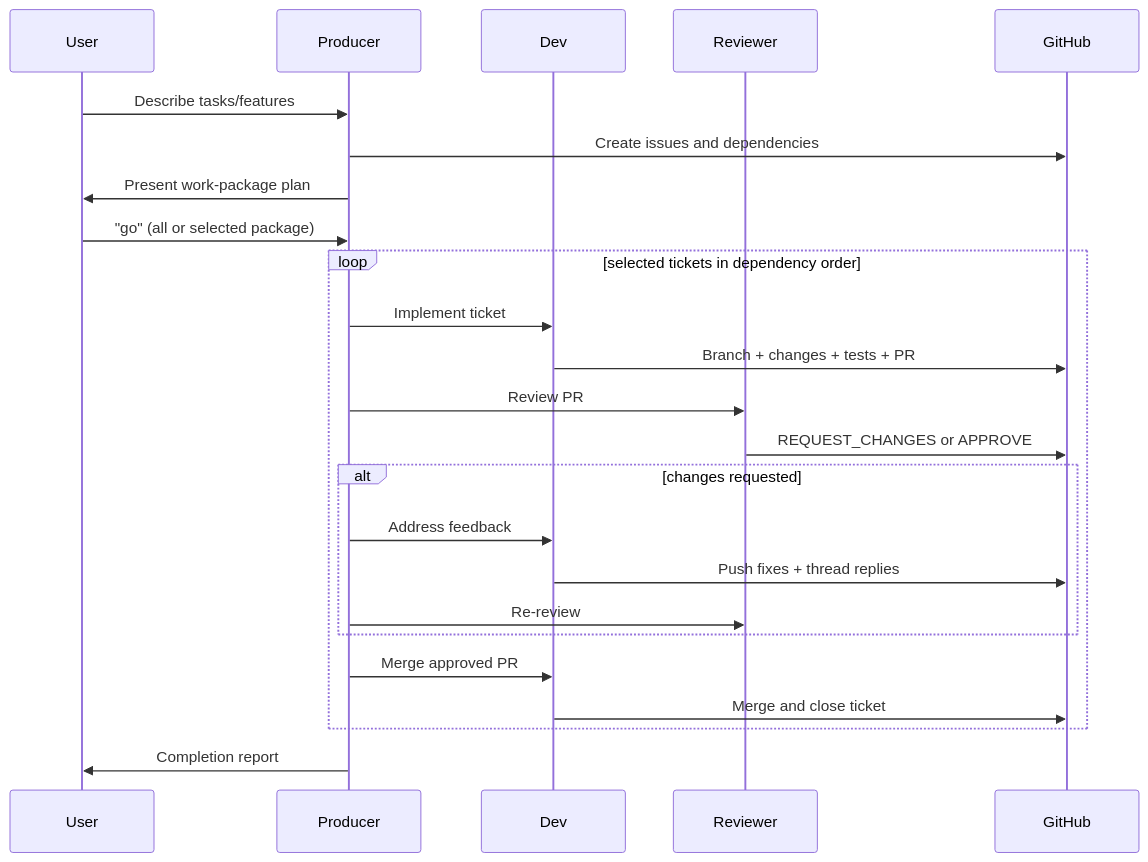
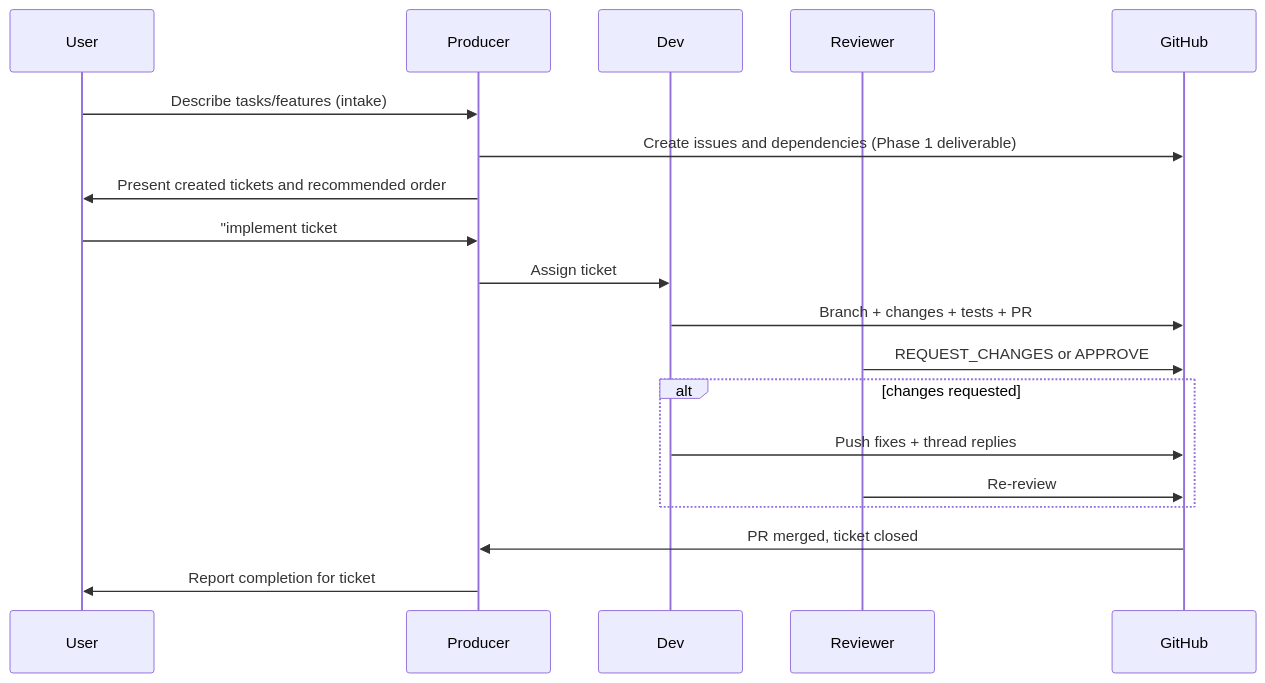
Before and after one commit to gersseba/garden: the diagram in .github/skills/ticket-workflow/SKILL.md, drawn with Mermaid. The commit also changed other lines of this file and 3 other files, not shown here.

Commit message:
fix(settings): update workflow to a strict ticket-first approach; remove work package references

````diff
--- a/.github/skills/ticket-workflow/SKILL.md
+++ b/.github/skills/ticket-workflow/SKILL.md
@@ -17,31 +20,25 @@
 ```mermaid
 sequenceDiagram
     participant User
     participant Producer
     participant Dev
     participant Reviewer
     participant GitHub
 
-    User->>Producer: Describe tasks/features
-    Producer->>GitHub: Create issues and dependencies
-    Producer->>User: Present work-package plan
-    User->>Producer: "go" (all or selected package)
+    User->>Producer: Describe tasks/features (intake)
+    Producer->>GitHub: Create issues and dependencies (Phase 1 deliverable)
+    Producer->>User: Present created tickets and recommended order
 
-    loop selected tickets in dependency order
-      Producer->>Dev: Implement ticket #{N}
-      Dev->>GitHub: Branch + changes + tests + PR
-      Producer->>Reviewer: Review PR #{N}
-      Reviewer->>GitHub: REQUEST_CHANGES or APPROVE
+    User->>Producer: "implement ticket #N"
+    Producer->>Dev: Assign ticket #N for implementation (Phase 2 start)
+    Dev->>GitHub: Branch + changes + tests + PR
+    Reviewer->>GitHub: REQUEST_CHANGES or APPROVE
 
-      alt changes requested
-        Producer->>Dev: Address feedback
-        Dev->>GitHub: Push fixes + thread replies
-        Producer->>Reviewer: Re-review
-      end
-
-      Producer->>Dev: Merge approved PR
-      Dev->>GitHub: Merge and close ticket
+    alt changes requested
+      Dev->>GitHub: Push fixes + thread replies
+      Reviewer->>GitHub: Re-review
     end
 
-    Producer->>User: Completion report
+    GitHub->>Producer: PR merged, ticket closed
+    Producer->>User: Report completion for ticket #N
 ```
````
